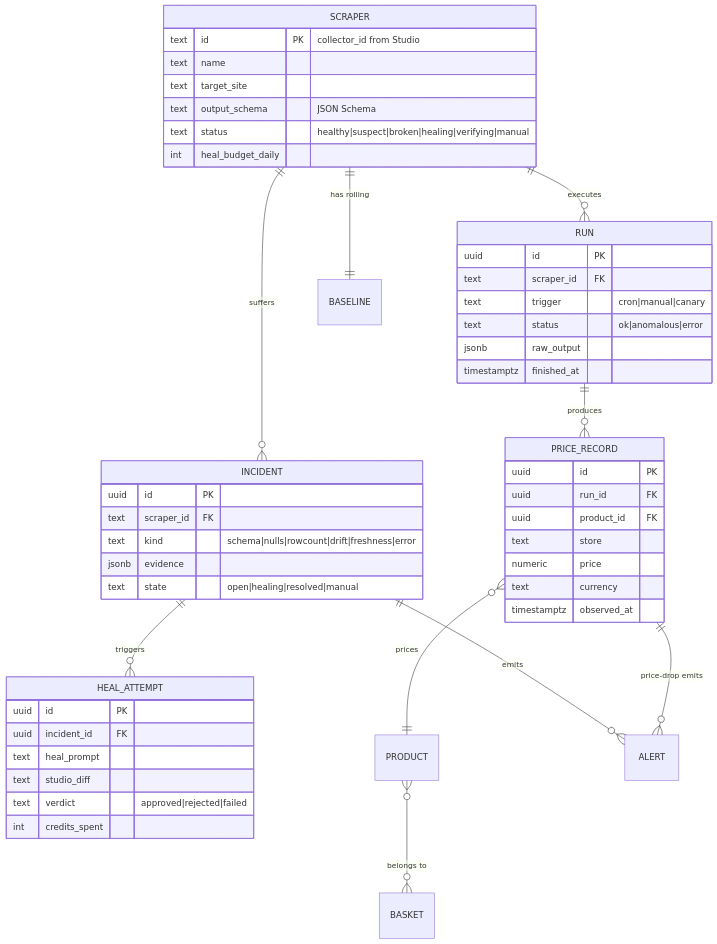
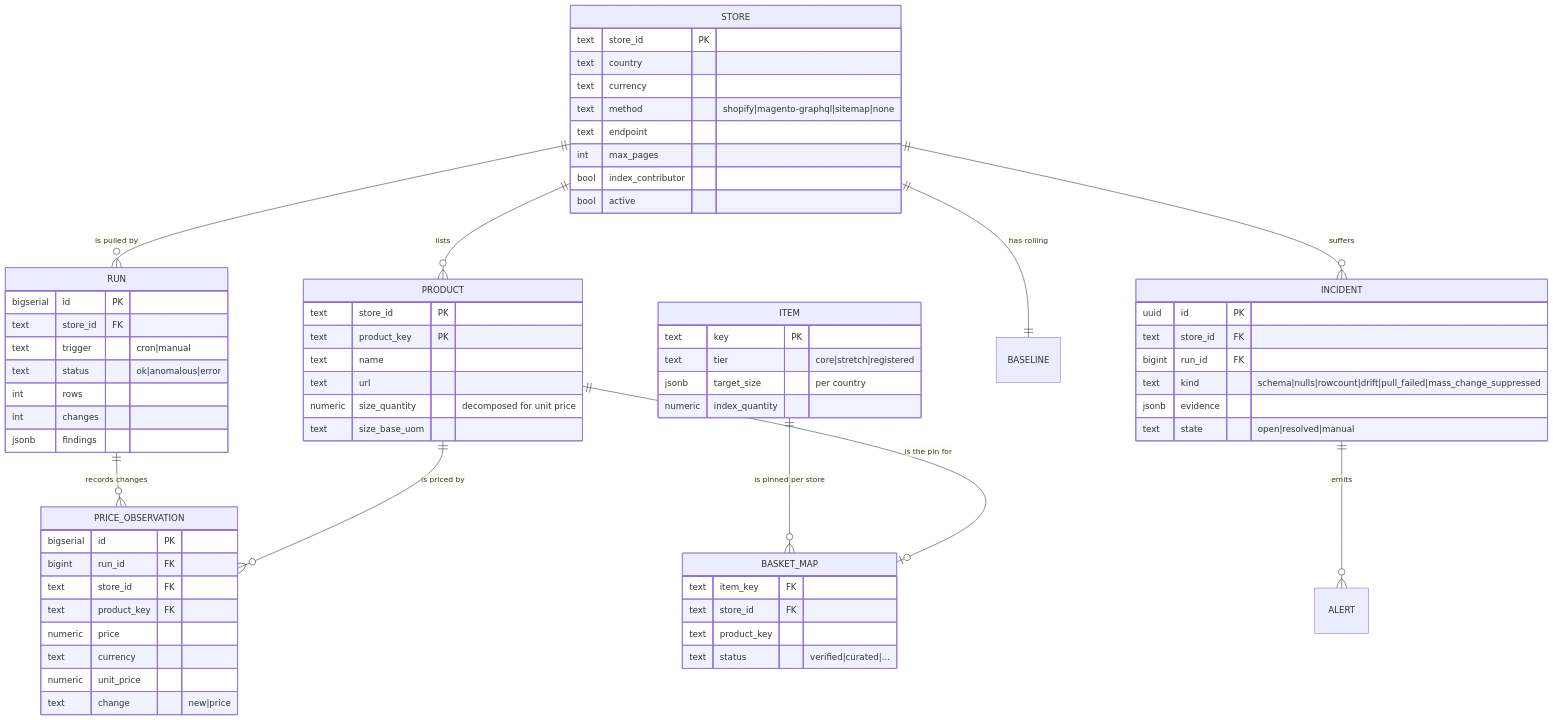
Before and after one commit to spencerjireh/basketwatch: the fourth of 5 diagrams in docs/architecture.md, drawn with Mermaid. The commit also changed other lines of this file and 10 other files, not shown here.

````diff
--- a/docs/architecture.md
+++ b/docs/architecture.md
@@ -218,53 +179,70 @@
 ```mermaid
 erDiagram
-    SCRAPER ||--o{ RUN : "executes"
-    SCRAPER ||--o{ INCIDENT : "suffers"
-    SCRAPER ||--|| BASELINE : "has rolling"
-    RUN ||--o{ PRICE_RECORD : "produces"
-    INCIDENT ||--o{ HEAL_ATTEMPT : "triggers"
-    PRICE_RECORD }o--|| PRODUCT : "prices"
-    PRODUCT }o--o{ BASKET : "belongs to"
+    STORE ||--o{ PRODUCT : "lists"
+    STORE ||--o{ RUN : "is pulled by"
+    STORE ||--o{ INCIDENT : "suffers"
+    STORE ||--|| BASELINE : "has rolling"
+    RUN ||--o{ PRICE_OBSERVATION : "records changes"
+    PRODUCT ||--o{ PRICE_OBSERVATION : "is priced by"
+    ITEM ||--o{ BASKET_MAP : "is pinned per store"
+    PRODUCT ||--o| BASKET_MAP : "is the pin for"
     INCIDENT ||--o{ ALERT : "emits"
-    PRICE_RECORD ||--o{ ALERT : "price-drop emits"
 
-    SCRAPER {
-        text id PK "collector_id from Studio"
+    STORE {
+        text store_id PK
+        text country
+        text currency
+        text method "shopify|magento-graphql|sitemap|none"
+        text endpoint
+        int max_pages
+        bool index_contributor
+        bool active
+    }
+    PRODUCT {
+        text store_id PK
+        text product_key PK
         text name
-        text target_site
-        text output_schema "JSON Schema"
-        text status "healthy|suspect|broken|healing|verifying|manual"
-        int heal_budget_daily
+        text url
+        numeric size_quantity "decomposed for unit price"
+        text size_base_uom
     }
     RUN {
-        uuid id PK
-        text scraper_id FK
-        text trigger "cron|manual|canary"
+        bigserial id PK
+        text store_id FK
+        text trigger "cron|manual"
         text status "ok|anomalous|error"
-        jsonb raw_output
-        timestamptz finished_at
+        int rows
+        int changes
+        jsonb findings
+    }
+    PRICE_OBSERVATION {
+        bigserial id PK
+        bigint run_id FK
+        text store_id FK
+        text product_key FK
+        numeric price
+        text currency
+        numeric unit_price
+        text change "new|price"
+    }
+    ITEM {
+        text key PK
+        text tier "core|stretch|registered"
+        jsonb target_size "per country"
+        numeric index_quantity
+    }
+    BASKET_MAP {
+        text item_key FK
+        text store_id FK
+        text product_key
+        text status "verified|curated|..."
     }
     INCIDENT {
         uuid id PK
-        text scraper_id FK
-        text kind "schema|nulls|rowcount|drift|freshness|error"
+        text store_id FK
+        bigint run_id FK
+        text kind "schema|nulls|rowcount|drift|pull_failed|mass_change_suppressed"
         jsonb evidence
-        text state "open|healing|resolved|manual"
-    }
-    HEAL_ATTEMPT {
-        uuid id PK
-        uuid incident_id FK
-        text heal_prompt
-        text studio_diff
-        text verdict "approved|rejected|failed"
-        int credits_spent
-    }
-    PRICE_RECORD {
-        uuid id PK
-        uuid run_id FK
-        uuid product_id FK
-        text store
-        numeric price
-        text currency
-        timestamptz observed_at
+        text state "open|resolved|manual"
     }
 ```
````
